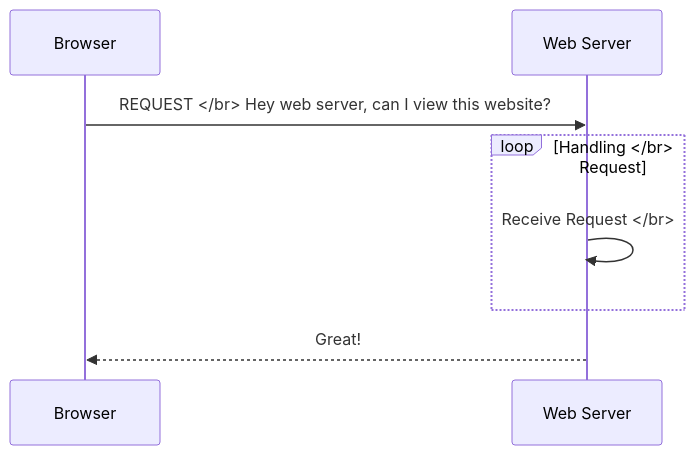
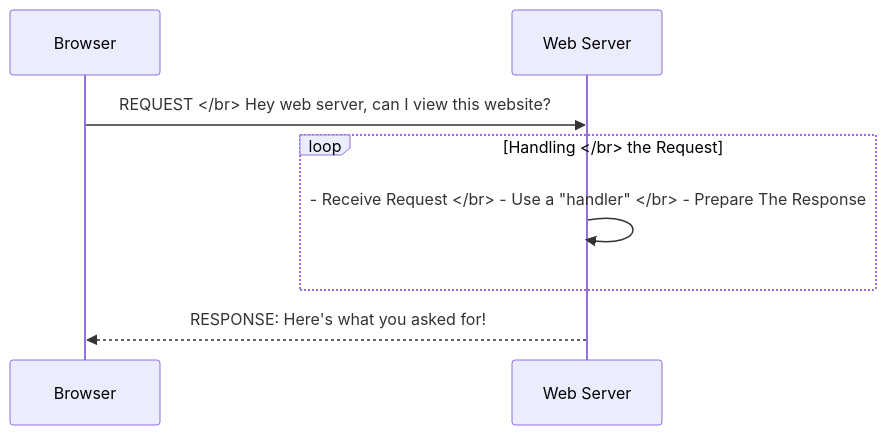
Before and after one commit to imagineLife/big-site: the diagram in content/http-server/about.md, drawn with Mermaid.

````diff
--- a/content/http-server/about.md
+++ b/content/http-server/about.md
@@ -12,12 +12,12 @@
 ```mermaid
 sequenceDiagram
   participant Browser
 
   Browser->>Web Server: REQUEST </br> Hey web server, can I view this website?
 
-  loop Handling </br> Request
-  Web Server->>Web Server: Receive Request </br>
+  loop Handling </br> the Request
+  Web Server->>Web Server: - Receive Request </br> - Use a "handler" </br> - Prepare The Response
   end
 
-  Web Server-->>Browser: Great!
+  Web Server-->>Browser: RESPONSE: Here's what you asked for!
 ```
````
